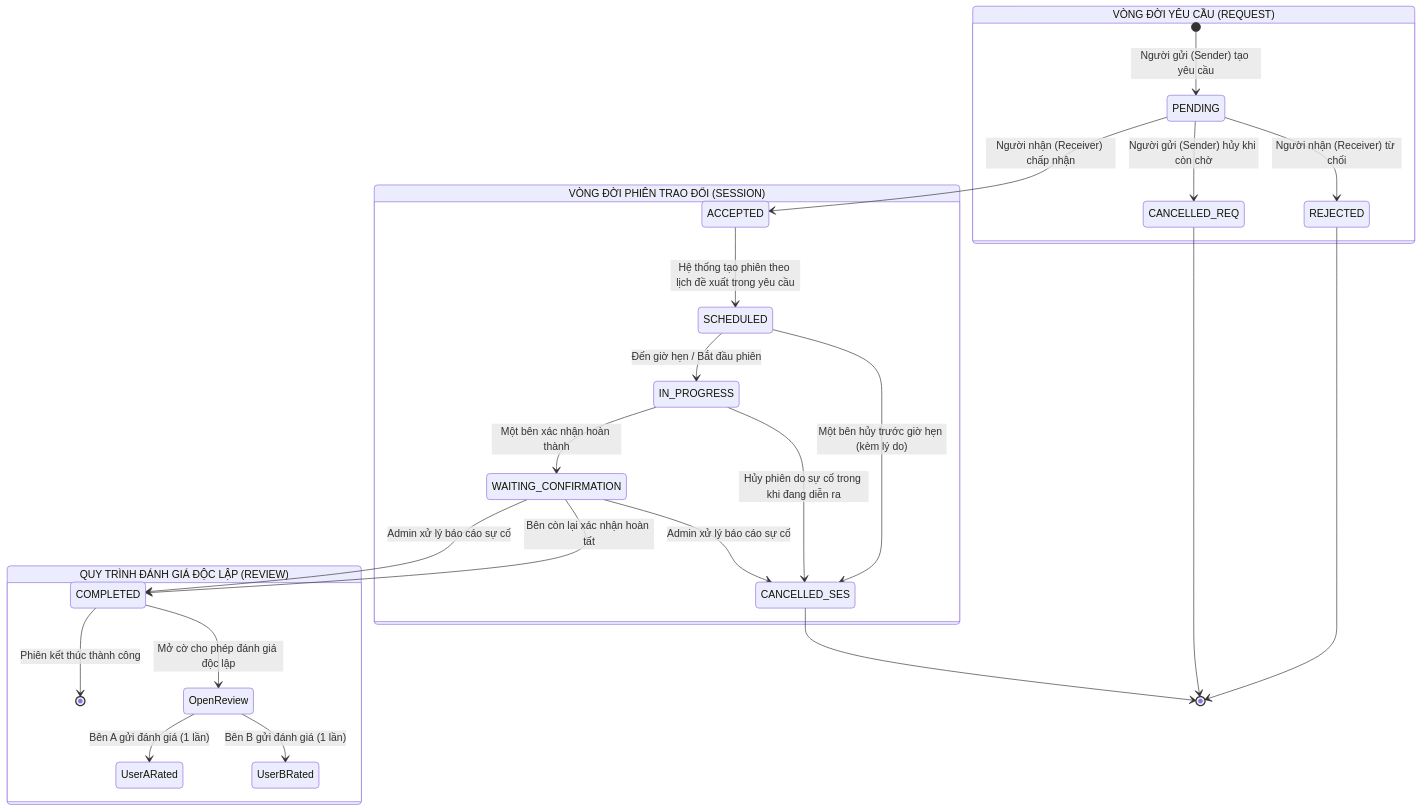
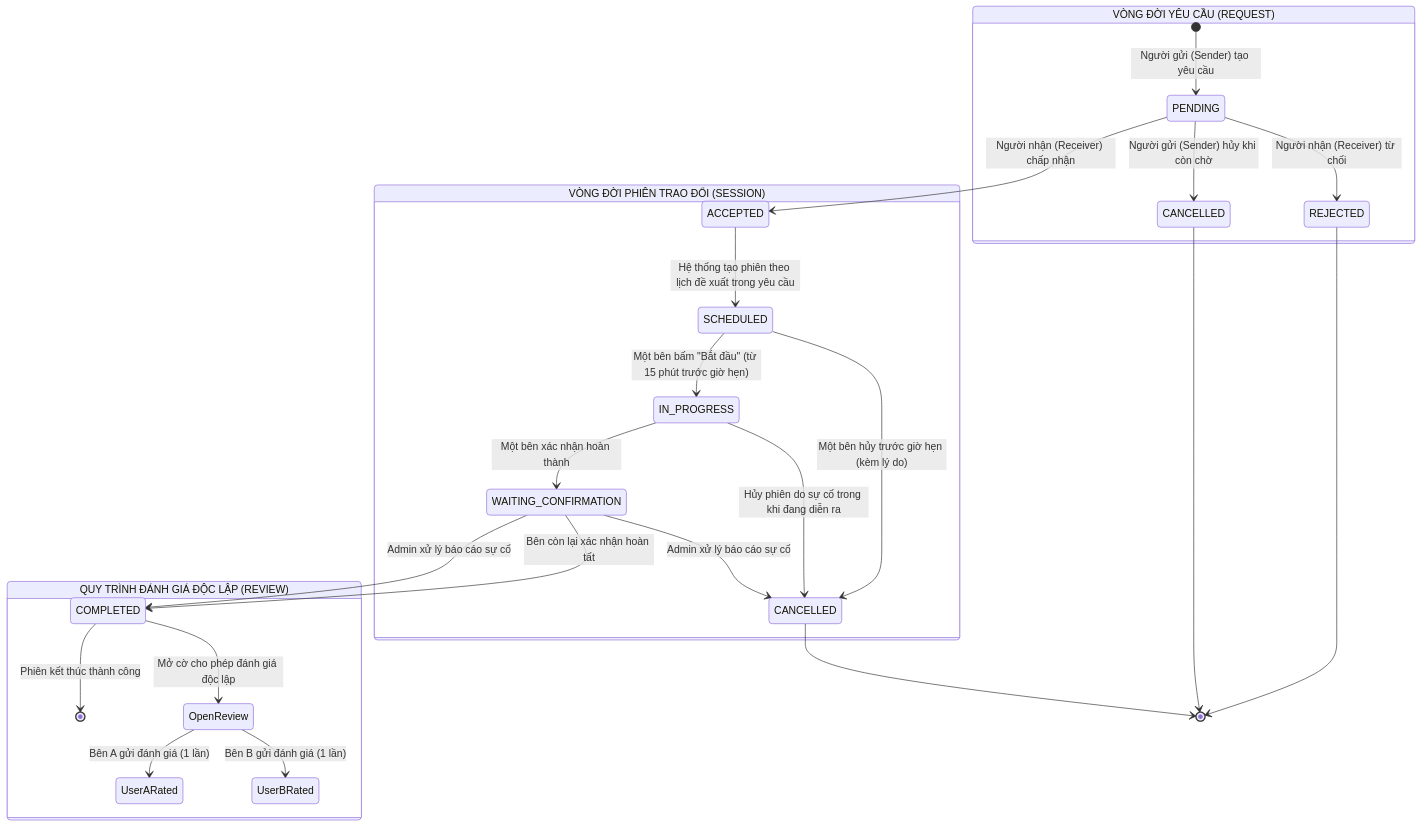
One commit to world-ender1/skill-exchange changed the diagram in docs/tuan_1/Phan_tich_yeu_cau_Skill_Exchange_Tuan_1.md. Above: the diagram before and after it, drawn with Mermaid. The commit also changed other lines of this file and 4 other files, not shown here.

````diff
--- a/docs/tuan_1/Phan_tich_yeu_cau_Skill_Exchange_Tuan_1.md
+++ b/docs/tuan_1/Phan_tich_yeu_cau_Skill_Exchange_Tuan_1.md
@@ -233,35 +266,37 @@
 ```mermaid
 stateDiagram-v2
     direction TB
 
     state "VÒNG ĐỜI YÊU CẦU (REQUEST)" as RequestFlow {
+        state "CANCELLED" as CANCELLED_REQ
         [*] --> PENDING : Người gửi (Sender) tạo yêu cầu
         PENDING --> REJECTED : Người nhận (Receiver) từ chối
         PENDING --> CANCELLED_REQ : Người gửi (Sender) hủy khi còn chờ
         PENDING --> ACCEPTED : Người nhận (Receiver) chấp nhận
     }
 
     state "VÒNG ĐỜI PHIÊN TRAO ĐỔI (SESSION)" as SessionFlow {
+        state "CANCELLED" as CANCELLED_SES
         ACCEPTED --> SCHEDULED : Hệ thống tạo phiên theo lịch đề xuất trong yêu cầu
-        SCHEDULED --> IN_PROGRESS : Đến giờ hẹn / Bắt đầu phiên
+        SCHEDULED --> IN_PROGRESS : Một bên bấm "Bắt đầu" (từ 15 phút trước giờ hẹn)
         SCHEDULED --> CANCELLED_SES : Một bên hủy trước giờ hẹn (kèm lý do)
         
         IN_PROGRESS --> WAITING_CONFIRMATION : Một bên xác nhận hoàn thành
         IN_PROGRESS --> CANCELLED_SES : Hủy phiên do sự cố trong khi đang diễn ra
         
         WAITING_CONFIRMATION --> COMPLETED : Bên còn lại xác nhận hoàn tất
         WAITING_CONFIRMATION --> COMPLETED : Admin xử lý báo cáo sự cố
         WAITING_CONFIRMATION --> CANCELLED_SES : Admin xử lý báo cáo sự cố
     }
 
     state "QUY TRÌNH ĐÁNH GIÁ ĐỘC LẬP (REVIEW)" as ReviewFlow {
         COMPLETED --> [*] : Phiên kết thúc thành công
         COMPLETED --> OpenReview : Mở cờ cho phép đánh giá độc lập
         OpenReview --> UserARated : Bên A gửi đánh giá (1 lần)
         OpenReview --> UserBRated : Bên B gửi đánh giá (1 lần)
     }
 
     REJECTED --> [*]
     CANCELLED_REQ --> [*]
     CANCELLED_SES --> [*]
 ```
````
